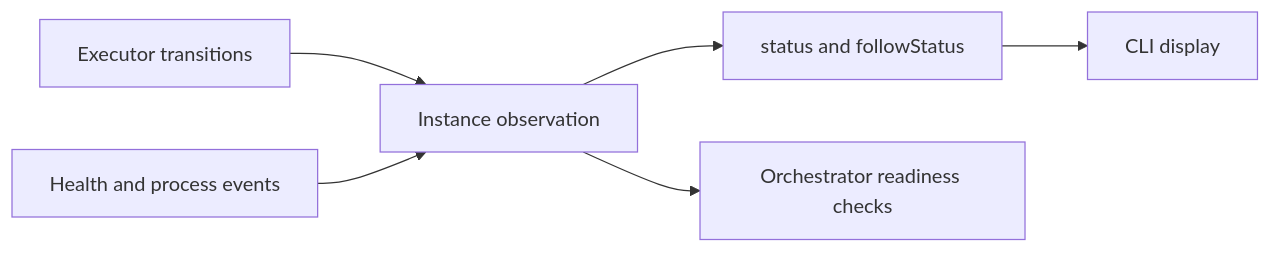
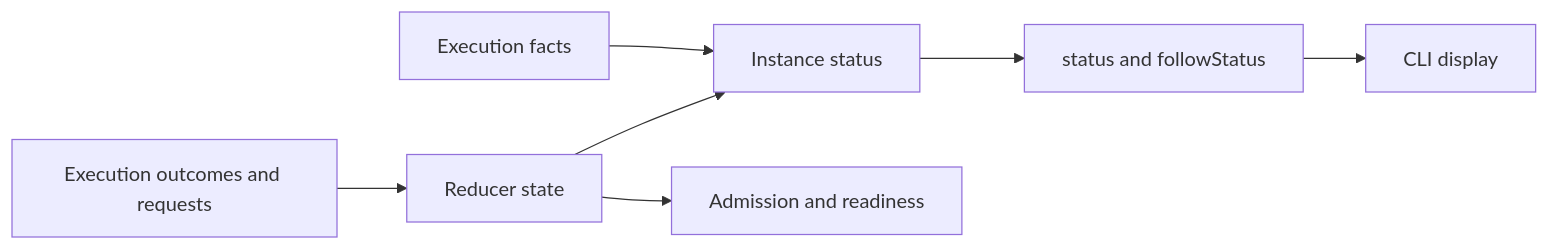
Diagram 11 of 12 in packages/stack/ARCHITECTURE.md (supabase/cli), drawn with Mermaid before and after one commit. The commit also changed other lines of this file and 43 other files, not shown here.

````diff
--- a/packages/stack/ARCHITECTURE.md
+++ b/packages/stack/ARCHITECTURE.md
@@ -543,8 +549,9 @@
 ```mermaid
 flowchart LR
-    Executor["Executor transitions"] --> Instance["Instance observation"]
-    Runtime["Health and process events"] --> Instance
-    Instance --> RPC["status and followStatus"]
-    Instance --> Dependencies["Orchestrator readiness checks"]
+    Outcomes["Execution outcomes and requests"] --> Reducer["Reducer state"]
+    Execution["Execution facts"] --> Status["Instance status"]
+    Reducer --> Status
+    Reducer --> Admission["Admission and readiness"]
+    Status --> RPC["status and followStatus"]
     RPC --> CLI["CLI display"]
 ```
````
